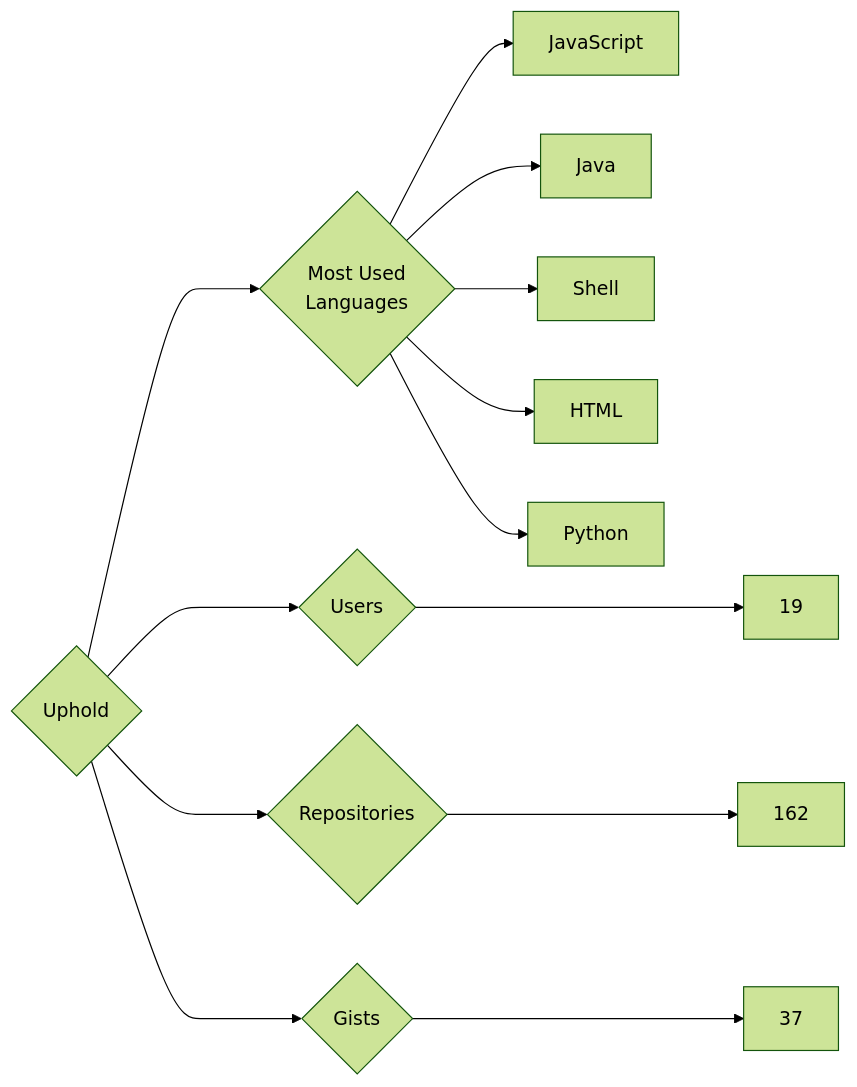
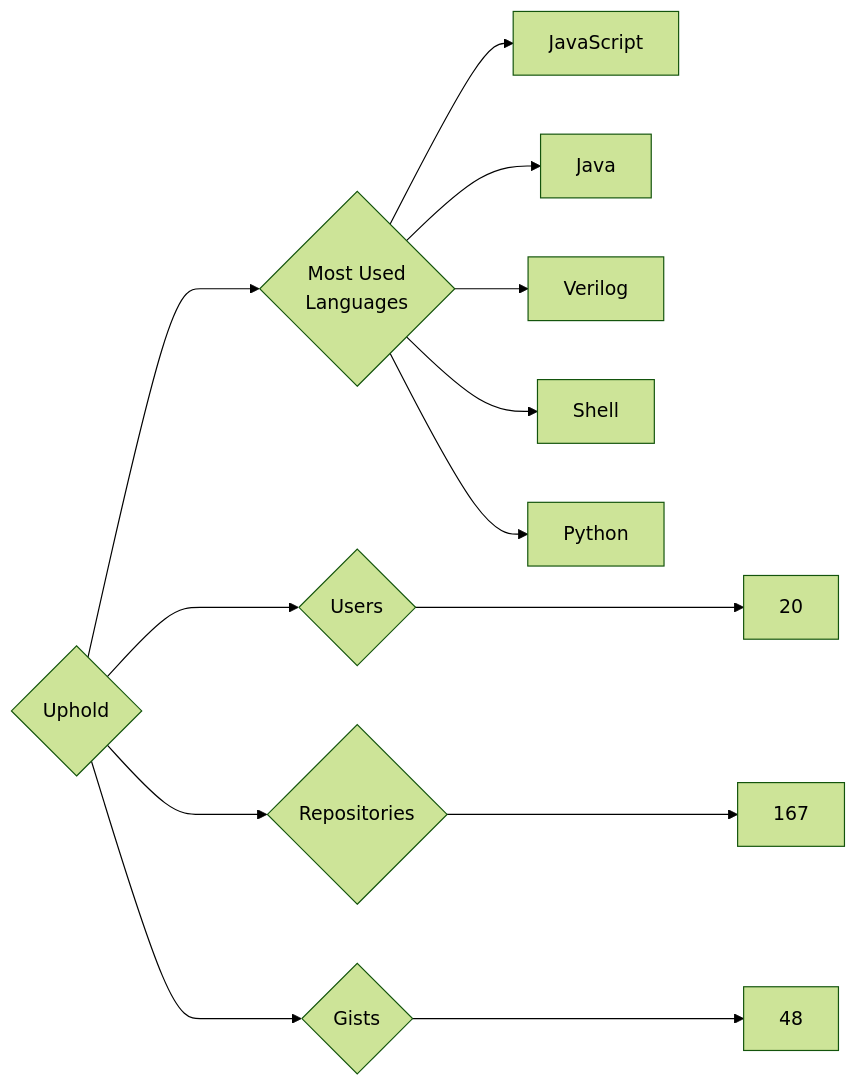
One commit to trickest/insiders changed the diagram in targets/Uphold/README.md. Above: the diagram before and after it, drawn with Mermaid (forest theme). The commit also changed 1508 other files, not shown here.

````diff
--- a/targets/Uphold/README.md
+++ b/targets/Uphold/README.md
@@ -3,13 +3,13 @@
 ```mermaid
 graph LR
 COMPANY_NAME{Uphold}
-COMPANY_NAME ---> U{Users} ---> UN[19]
-COMPANY_NAME ---> R{Repositories} ---> RN[162]
-COMPANY_NAME ---> G{Gists} ---> GN[37]
+COMPANY_NAME ---> U{Users} ---> UN[20]
+COMPANY_NAME ---> R{Repositories} ---> RN[167]
+COMPANY_NAME ---> G{Gists} ---> GN[48]
 COMPANY_NAME ---> ML{Most Used<br>Languages}
 ML --> JavaScript[JavaScript]
 ML --> Java[Java]
+ML --> Verilog[Verilog]
 ML --> Shell[Shell]
-ML --> HTML[HTML]
 ML --> Python[Python]
 ```
````
